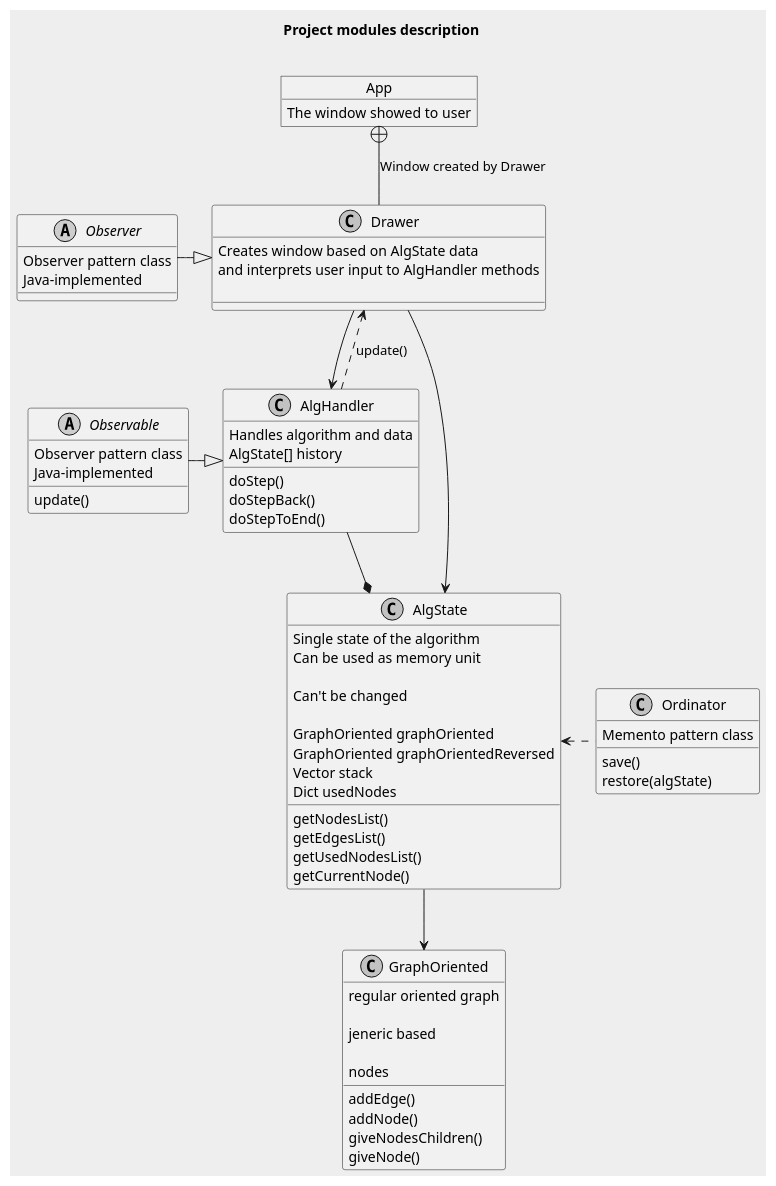
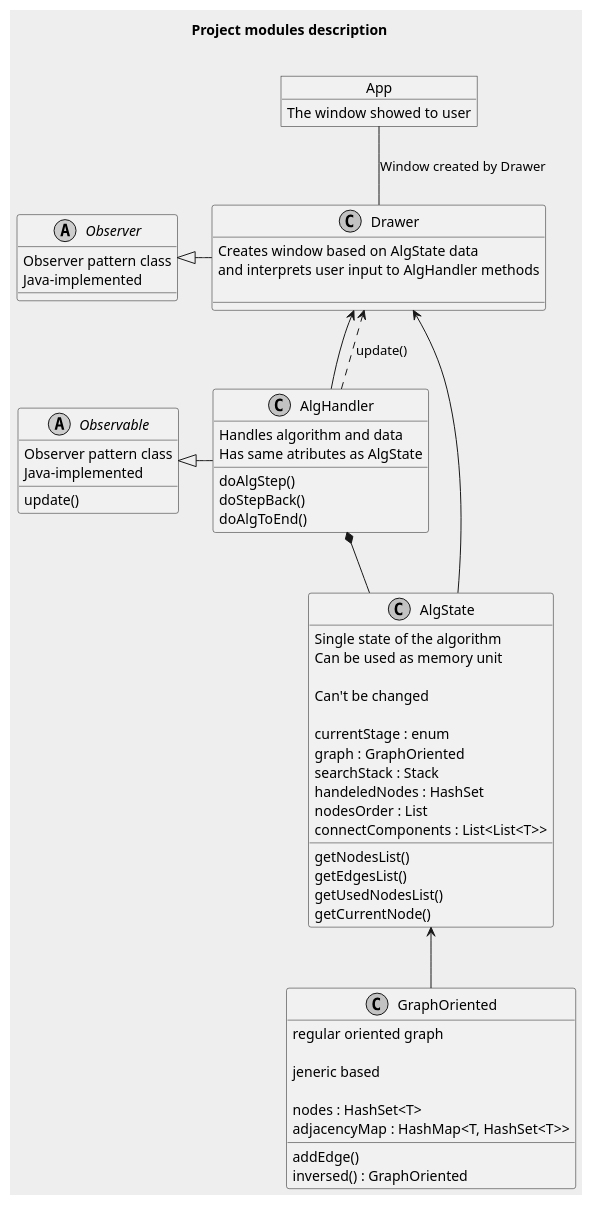
One commit to sergeyyurev/Summer_Practise_2021_group15 changed the diagram in Отчеты/ProjectModulesDescription.puml. Above: the diagram before and after it, drawn with PlantUML. The commit also changed 3 other files, not shown here.

```diff
--- a/Отчеты/ProjectModulesDescription.puml
+++ b/Отчеты/ProjectModulesDescription.puml
@@ -1,71 +1,70 @@
 @startuml 
 skinparam monochrome true
 skinparam backgroundColor #EEEEEE
 title Project modules description\n
 
 object App
 App : The window showed to user
 
 class Drawer
 Drawer : Creates window based on AlgState data \nand interprets user input to AlgHandler methods\n
 
 class AlgHandler
 AlgHandler : Handles algorithm and data
 
-AlgHandler : AlgState[] history
+AlgHandler : Has same atributes as AlgState
 
-AlgHandler : doStep()
+AlgHandler : doAlgStep()
 AlgHandler : doStepBack()
-AlgHandler : doStepToEnd()
+AlgHandler : doAlgToEnd()
 
 class AlgState
 AlgState : Single state of the algorithm \nCan be used as memory unit\n
 AlgState : Can't be changed\n
-AlgState : GraphOriented graphOriented
-AlgState : GraphOriented graphOrientedReversed
-AlgState : Vector stack
-AlgState : Dict usedNodes
+
+AlgState : currentStage : enum
+AlgState : graph : GraphOriented
+AlgState : searchStack : Stack
+AlgState : handeledNodes : HashSet
+AlgState : nodesOrder : List
+AlgState : connectComponents : List<List<T>> 
 
 AlgState : getNodesList()
 AlgState : getEdgesList()
 AlgState : getUsedNodesList()
 AlgState : getCurrentNode()
 
-class Ordinator
-Ordinator : Memento pattern class
-Ordinator : save()
-Ordinator : restore(algState)
-
 
 class GraphOriented
 GraphOriented : regular oriented graph\n
 GraphOriented : jeneric based\n
 
-GraphOriented : nodes
+GraphOriented : nodes : HashSet<T>
+GraphOriented : adjacencyMap : HashMap<T, HashSet<T>>
 
 GraphOriented : addEdge()
-GraphOriented : addNode()
-GraphOriented : giveNodesChildren()
-GraphOriented : giveNode()
+GraphOriented : inversed() : GraphOriented
+
+
 
 abstract class Observable
 Observable : Observer pattern class\nJava-implemented
 Observable : update()
 abstract class Observer
 Observer : Observer pattern class\nJava-implemented
 
-Observer -|> Drawer
-Observable -|> AlgHandler
+Observer <|- Drawer
+Observable <|- AlgHandler
 
 
-App +-- Drawer : Window created by Drawer
-Drawer --> AlgHandler
-Drawer --> AlgState
+App -- Drawer : Window created by Drawer
+Drawer <-- AlgHandler
+Drawer <-- AlgState
 AlgHandler ..> Drawer : update()
-AlgHandler --* AlgState
-AlgState --> GraphOriented
-AlgState <.right. Ordinator
+AlgHandler *-- AlgState
+AlgState <-- GraphOriented
+
 
 
 
 @enduml
```
